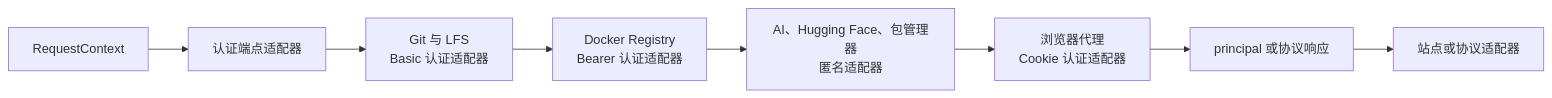
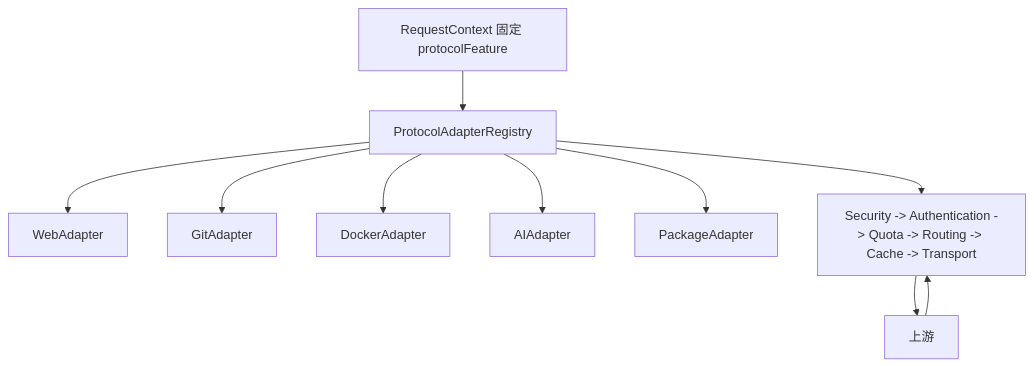
Before and after one commit to DXShelley/xget: the third of 5 diagrams in docs/architecture.zh-Hans.md, drawn with Mermaid. The commit also changed other lines of this file and 19 other files, not shown here.

Commit message:
refactor(proxy): adopt protocol adapter pipeline

````diff
--- a/docs/architecture.zh-Hans.md
+++ b/docs/architecture.zh-Hans.md
@@ -179,14 +172,12 @@
 ```mermaid
-flowchart LR
-    Request[RequestContext] --> AuthEndpoint[认证端点适配器]
-    AuthEndpoint --> Git[Git 与 LFS
-Basic 认证适配器]
-    Git --> Docker[Docker Registry
-Bearer 认证适配器]
-    Docker --> Public[AI、Hugging Face、包管理器
-匿名适配器]
-    Public --> Browser[浏览器代理
-Cookie 认证适配器]
-    Browser --> Decision[principal 或协议响应]
-    Decision --> Route[站点或协议适配器]
+flowchart TB
+    Context[RequestContext 固定 protocolFeature] --> Registry[ProtocolAdapterRegistry]
+    Registry --> Web[WebAdapter]
+    Registry --> Git[GitAdapter]
+    Registry --> Docker[DockerAdapter]
+    Registry --> AI[AIAdapter]
+    Registry --> Package[PackageAdapter]
+    Registry --> Pipeline[Security -> Authentication -> Quota -> Routing -> Cache -> Transport]
+    Pipeline --> Upstream[上游]
+    Upstream --> Pipeline
 ```
````
